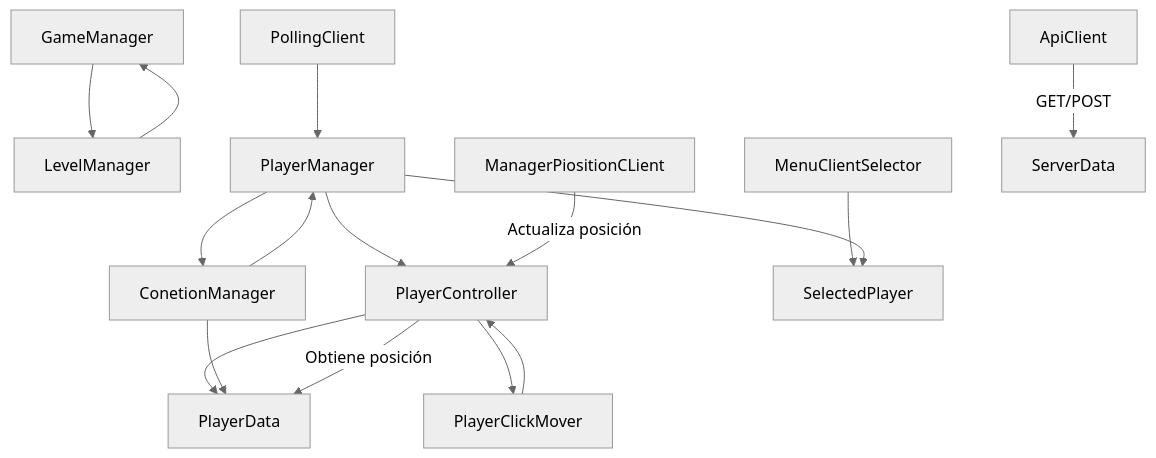
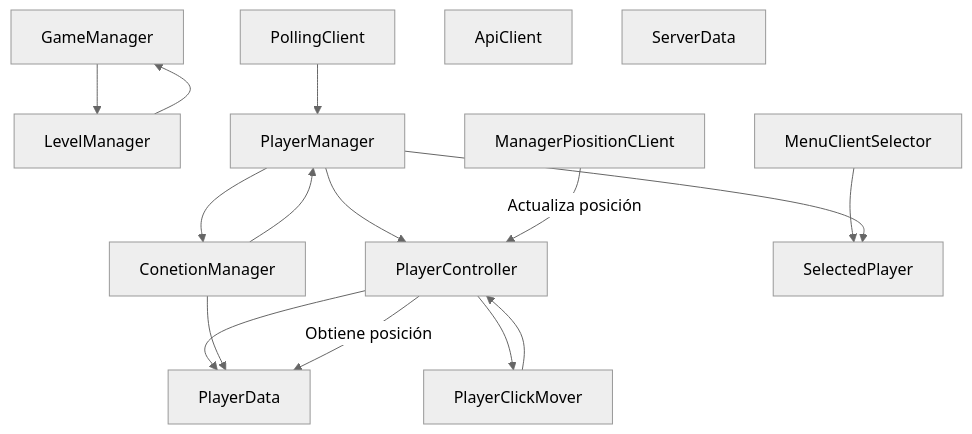
The diagram in README.md (sebas64mil/CubePuzzleServerDedicated), drawn with Mermaid (neutral theme) before and after one commit.

````diff
--- a/README.md
+++ b/README.md
@@ -90,42 +90,41 @@
 ```mermaid
 flowchart TB
     %% Bootstraps y Managers principales
     GameManager["GameManager"]
     LevelManager["LevelManager"]
     MenuClientSelector["MenuClientSelector"]
     PlayerManager["PlayerManager"]
     ConetionManager["ConetionManager"]
 
     %% Player
     PlayerController["PlayerController"]
     PlayerClickMover["PlayerClickMover"]
     PlayerData["PlayerData"]
     SelectedPlayer["SelectedPlayer"]
 
     %% Network y API
     PollingClient["PollingClient"]
     ApiClient["ApiClient"]
     ManagerPiositionCLient["ManagerPiositionCLient"]
     ServerData["ServerData"]
 
     %% Relaciones principales
     GameManager --> LevelManager
     LevelManager --> GameManager
     MenuClientSelector --> SelectedPlayer
     PlayerManager --> ConetionManager
     PlayerManager --> PlayerController
     PlayerManager --> SelectedPlayer
     PlayerController --> PlayerClickMover
     PlayerController --> PlayerData
     PlayerClickMover --> PlayerController
 
     %% Network/API
     ConetionManager --> PlayerData
     ConetionManager --> PlayerManager
     PollingClient --> PlayerManager
 
     %% Flujo de datos
-    ApiClient -->|GET/POST| ServerData
     ManagerPiositionCLient -->|Actualiza posición| PlayerController
     PlayerController -->|Obtiene posición| PlayerData
 ```
````
